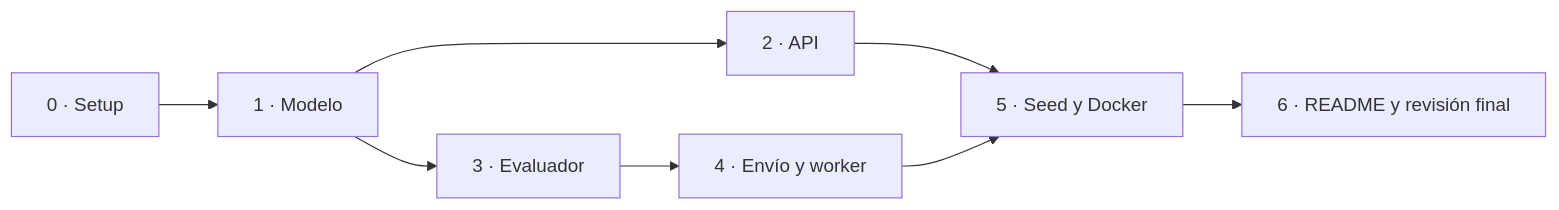
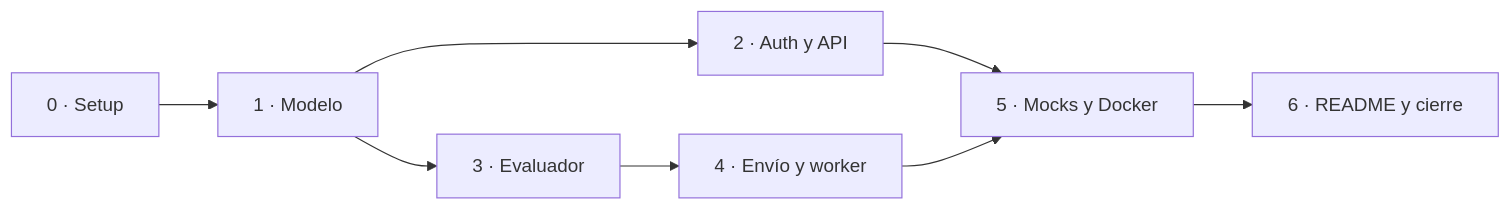
The fifth of 5 diagrams in docs/plan.md (MolinaFranco/weather-alerts), drawn with Mermaid before and after one commit. The commit also changed other lines of this file, not shown here.

Commit message:
docs: redesign data model, add auth, roles and re-notification to plan

````diff
--- a/docs/plan.md
+++ b/docs/plan.md
@@ -205,10 +393,10 @@
 ```mermaid
 flowchart LR
     F0[0 · Setup] --> F1[1 · Modelo]
-    F1 --> F2[2 · API]
+    F1 --> F2[2 · Auth y API]
     F1 --> F3[3 · Evaluador]
     F3 --> F4[4 · Envío y worker]
-    F2 --> F5[5 · Seed y Docker]
+    F2 --> F5[5 · Mocks y Docker]
     F4 --> F5
-    F5 --> F6[6 · README y revisión final]
+    F5 --> F6[6 · README y cierre]
 ```
````
